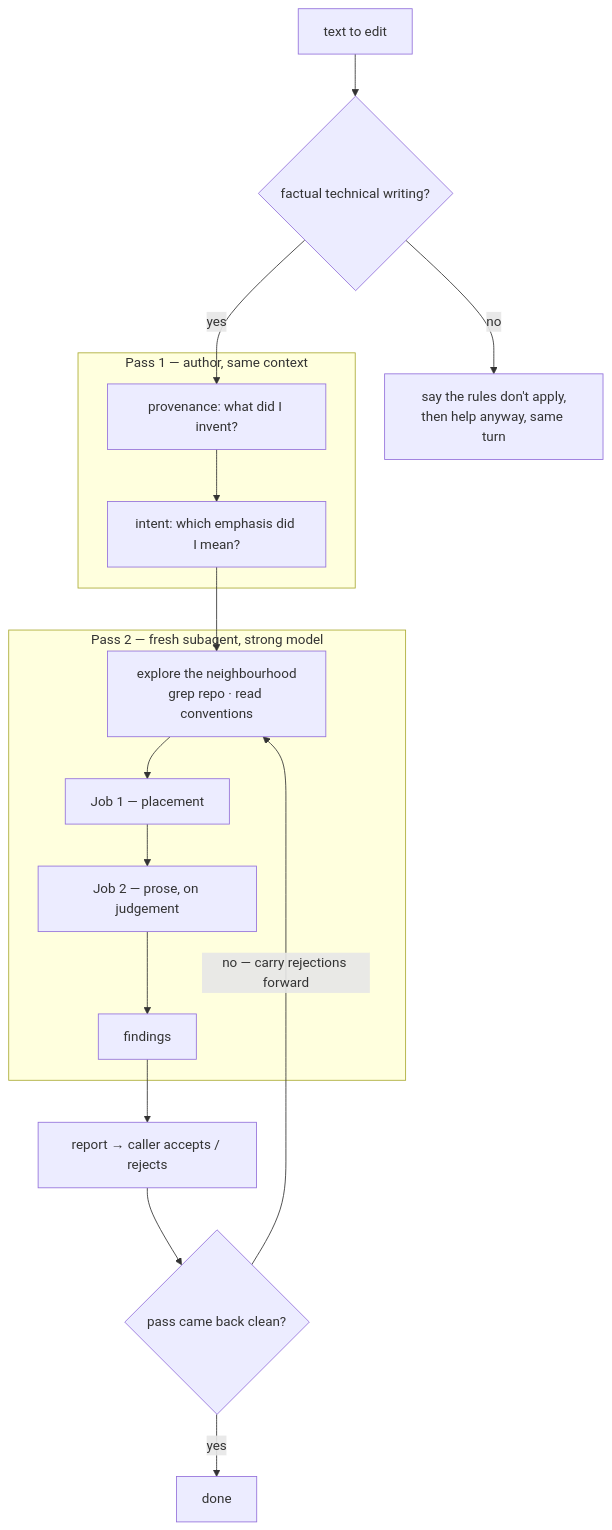
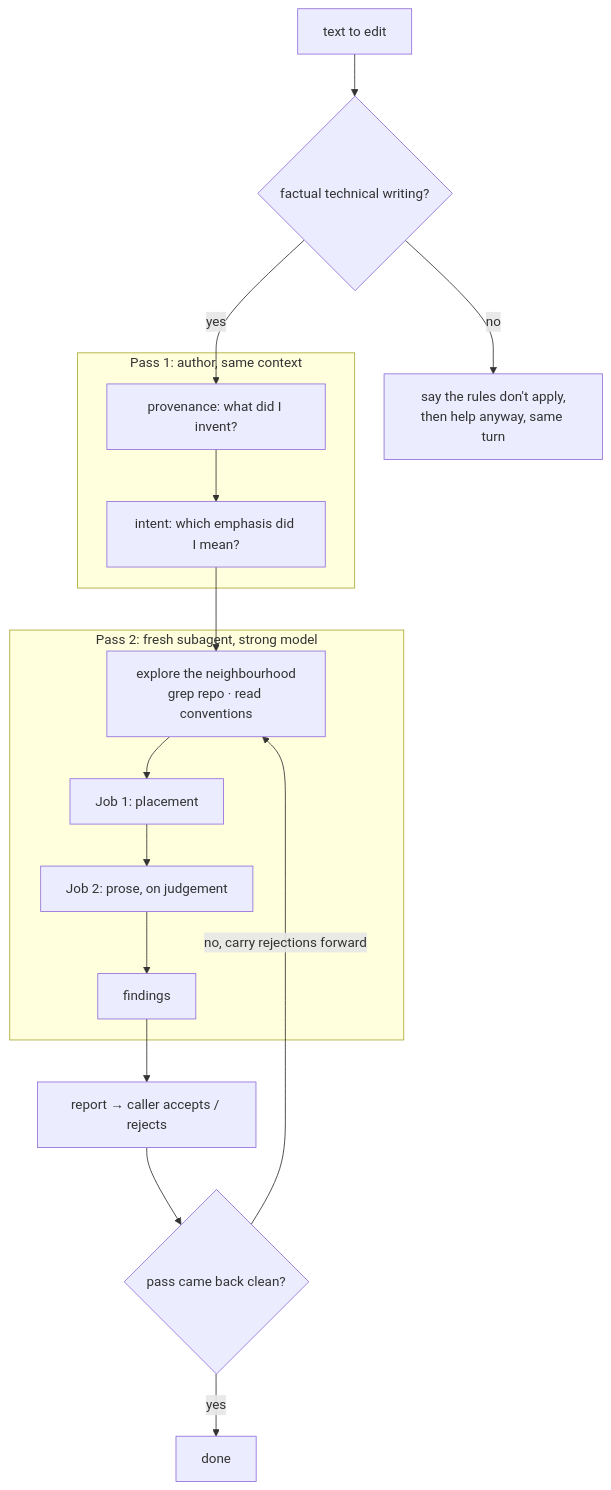
Before and after one commit to alyssa-dahlberg/agent-skills: the diagram in skills/technical-editor/SKILL.md, drawn with Mermaid. The commit also changed other lines of this file and 9 other files, not shown here.

````diff
--- a/skills/technical-editor/SKILL.md
+++ b/skills/technical-editor/SKILL.md
@@ -119,22 +119,22 @@
 ```mermaid
 flowchart TD
     A[text to edit] --> B{factual technical writing?}
     B -->|no| C[say the rules don't apply,<br/>then help anyway, same turn]
     B -->|yes| D
 
-    subgraph P1["Pass 1 — author, same context"]
+    subgraph P1["Pass 1: author, same context"]
         D[provenance: what did I invent?] --> E[intent: which emphasis did I mean?]
     end
 
     E --> F
-    subgraph P2["Pass 2 — fresh subagent, strong model"]
-        F[explore the neighbourhood<br/>grep repo · read conventions] --> G[Job 1 — placement]
-        G --> H[Job 2 — prose, on judgement]
+    subgraph P2["Pass 2: fresh subagent, strong model"]
+        F[explore the neighbourhood<br/>grep repo · read conventions] --> G["Job 1: placement"]
+        G --> H["Job 2: prose, on judgement"]
         H --> I[findings]
     end
 
     I --> J[report → caller accepts / rejects]
     J --> K{pass came back clean?}
-    K -->|no — carry rejections forward| F
+    K -->|no, carry rejections forward| F
     K -->|yes| L[done]
 ```
````
